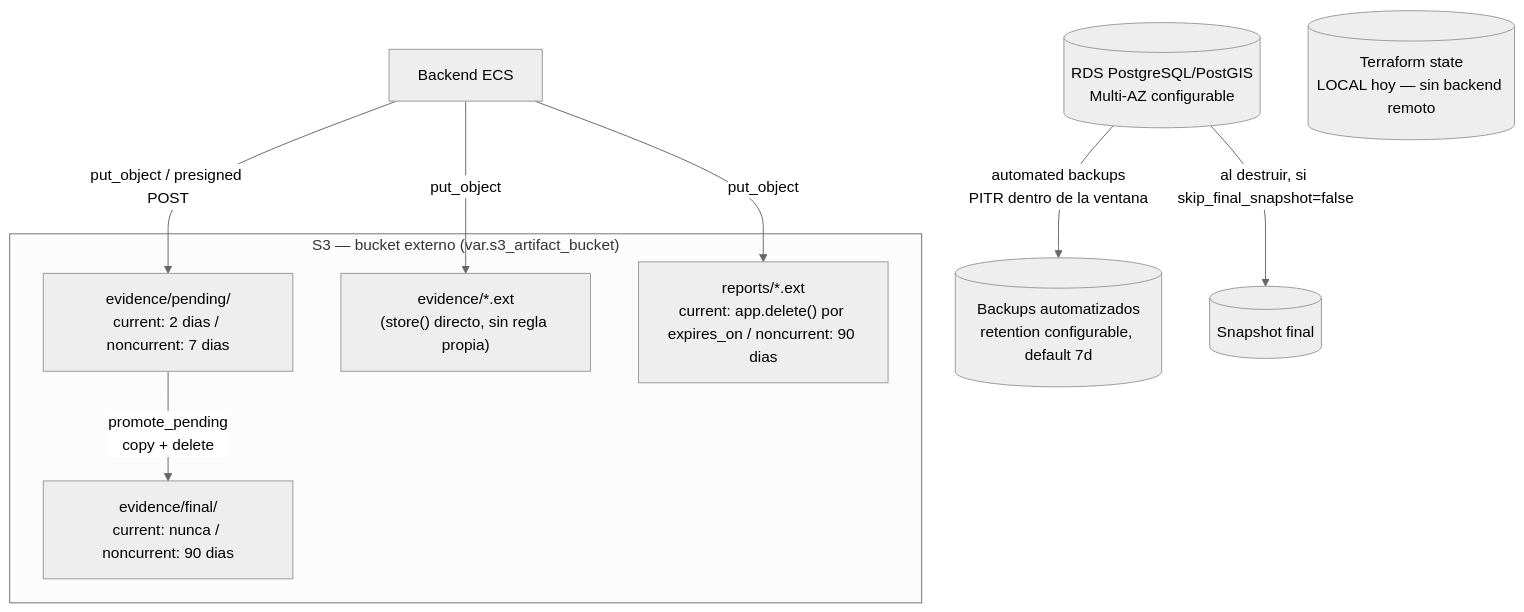
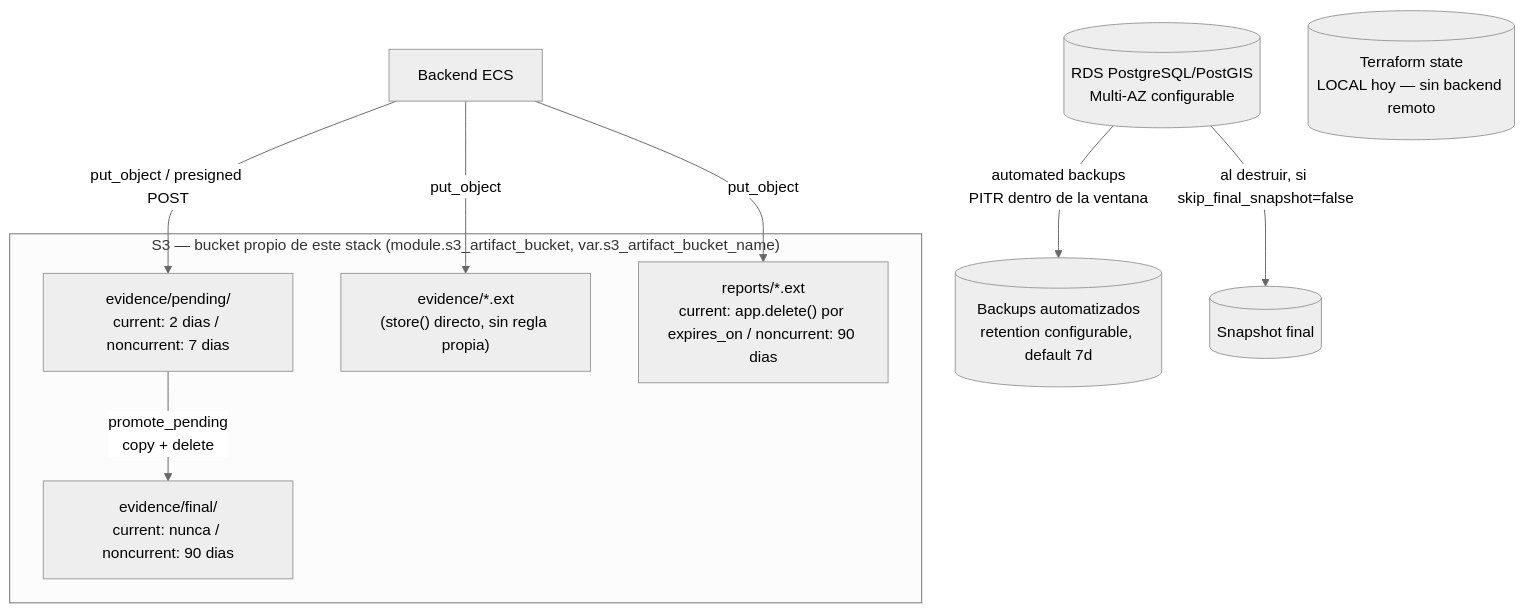
The diagram in docs/aws/BACKUP_DR_FOUNDATION.md (XavierTacuri/territorio-electoral), drawn with Mermaid (neutral theme) before and after one commit. The commit also changed other lines of this file and 18 other files, not shown here.

````diff
--- a/docs/aws/BACKUP_DR_FOUNDATION.md
+++ b/docs/aws/BACKUP_DR_FOUNDATION.md
@@ -9,20 +11,20 @@
 ```mermaid
 flowchart TD
-    subgraph s3["S3 — bucket externo (var.s3_artifact_bucket)"]
+    subgraph s3["S3 — bucket propio de este stack (module.s3_artifact_bucket, var.s3_artifact_bucket_name)"]
         evpending["evidence/pending/\ncurrent: 2 dias / noncurrent: 7 dias"]
         evroot["evidence/*.ext\n(store() directo, sin regla propia)"]
         evfinal["evidence/final/\ncurrent: nunca / noncurrent: 90 dias"]
         reports["reports/*.ext\ncurrent: app.delete() por expires_on / noncurrent: 90 dias"]
     end
 
     app["Backend ECS"] -->|put_object / presigned POST| evpending
     app -->|put_object| evroot
     evpending -->|promote_pending\ncopy + delete| evfinal
     app -->|put_object| reports
 
     rds[("RDS PostgreSQL/PostGIS\nMulti-AZ configurable")]
     rds -->|automated backups\nPITR dentro de la ventana| backups[("Backups automatizados\nretention configurable, default 7d")]
     rds -->|al destruir, si skip_final_snapshot=false| snapshot[("Snapshot final")]
 
     tfstate[("Terraform state\nLOCAL hoy — sin backend remoto")]
 ```
````
